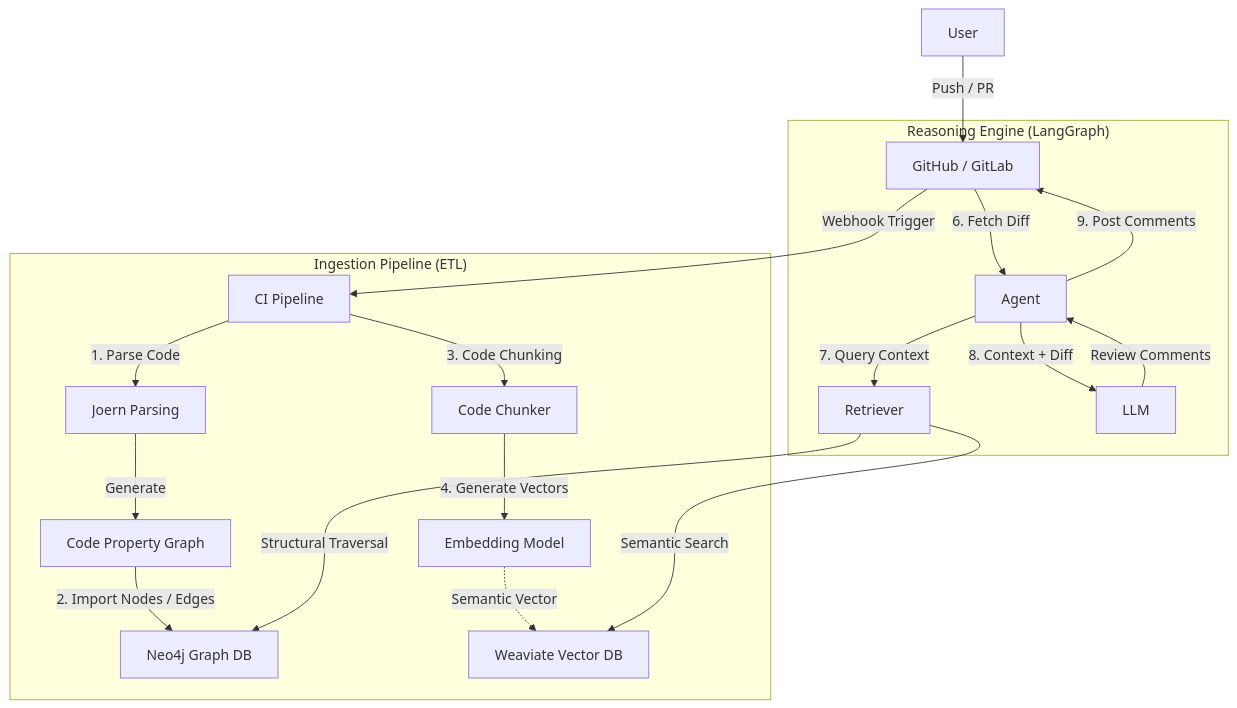
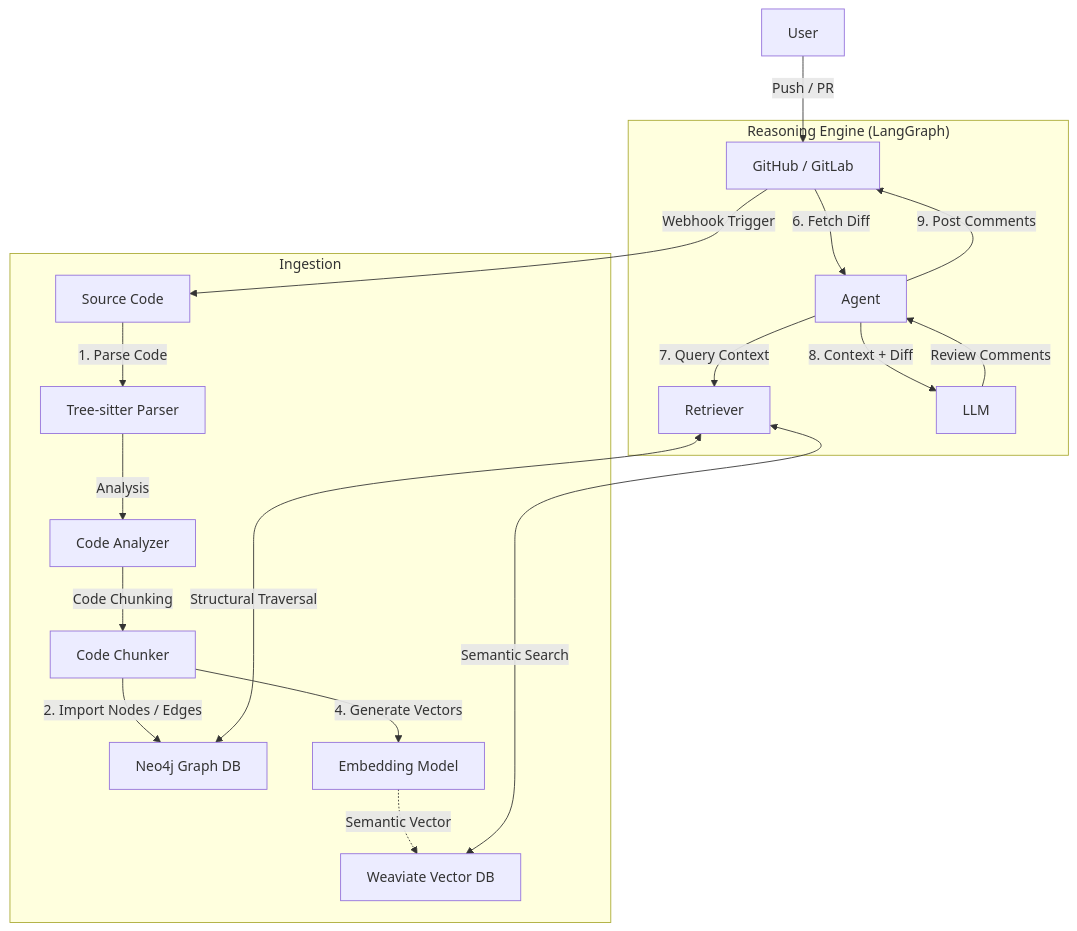
One commit to quangzp/CodeReviewBot changed the diagram in README.md. Above: the diagram before and after it, drawn with Mermaid.

Commit message:
Refactor README.md for clarity in diagrams

````diff
--- a/README.md
+++ b/README.md
@@ -50,36 +50,36 @@
 ```mermaid
 graph TD
     %% Trigger Layer
     User[User] -->|Push / PR| GH[GitHub / GitLab]
-    GH -->|Webhook Trigger| CI[CI Pipeline]
+    GH -->|Webhook Trigger| Code[Source Code]
 
     %% Ingestion Layer
-    subgraph Ingestion["Ingestion Pipeline (ETL)"]
-        CI -->|1. Parse Code| Joern[Joern Parsing]
-        Joern -->|Generate| CPG[Code Property Graph]
-        CPG -->|2. Import Nodes / Edges| Neo4j[Neo4j Graph DB]
+    subgraph Ingestion["Ingestion"]
+        Code -->|1. Parse Code| Parser[Tree-sitter Parser]
+        Parser -->|Analysis| Analyzer[Code Analyzer]
+        Analyzer --> |Code Chunking| Chunker[Code Chunker]
+        Chunker -->|2. Import Nodes / Edges| Neo4j[Neo4j Graph DB]
         
-        CI -->|3. Code Chunking| Chunker[Code Chunker]
         Chunker -->|4. Generate Vectors| EmbedModel[Embedding Model]
         
         EmbedModel -.->|Semantic Vector| Weaviate[Weaviate Vector DB]
     end
 
     %% Reasoning Layer
     subgraph Reasoning["Reasoning Engine (LangGraph)"]
         Agent[Agent]
         Retriever[Retriever]
         
         GH -->|6. Fetch Diff| Agent
         Agent -->|7. Query Context| Retriever
         
-        Retriever -->|Semantic Search| Weaviate
-        Retriever -->|Structural Traversal| Neo4j
+        Retriever <-->|Semantic Search| Weaviate
+        Retriever <-->|Structural Traversal| Neo4j
         
         Agent -->|8. Context + Diff| LLM[LLM]
         LLM -->|Review Comments| Agent
     end
 
     %% Output
     Agent -->|9. Post Comments| GH
 ```
````
